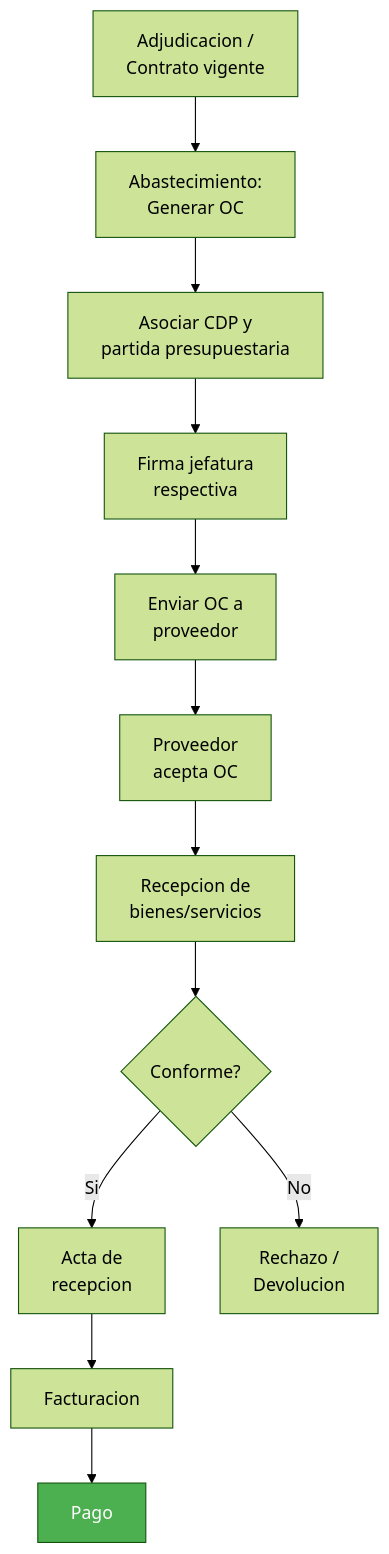
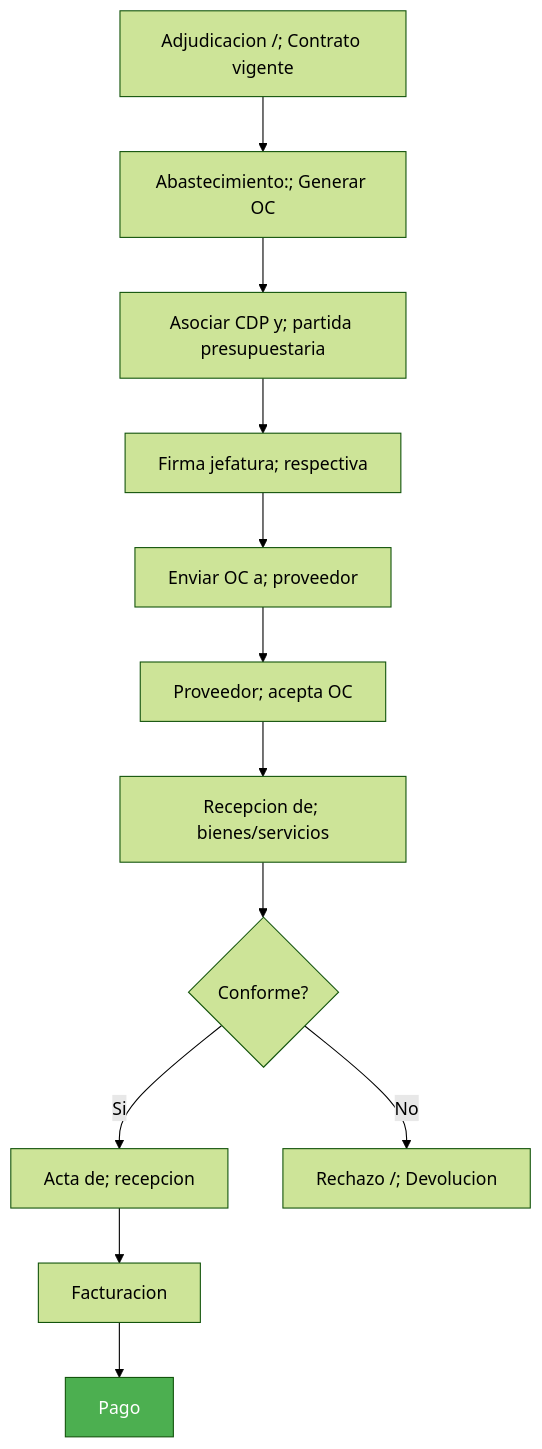
One commit to felix-antonio-sl/kora changed the fifth of 5 diagrams in KNOWLEDGE/gn/kb/manual-compras-contrataciones.md. Above: the diagram before and after it, drawn with Mermaid (forest theme). The commit also changed other lines of this file and 1034 other files, not shown here.

````diff
--- a/KNOWLEDGE/gn/kb/manual-compras-contrataciones.md
+++ b/KNOWLEDGE/gn/kb/manual-compras-contrataciones.md
@@ -263,16 +274,16 @@
 ```mermaid
 flowchart TD
-    A["Adjudicacion /<br/>Contrato vigente"] --> B["Abastecimiento:<br/>Generar OC"]
-    B --> C["Asociar CDP y<br/>partida presupuestaria"]
-    C --> D["Firma jefatura<br/>respectiva"]
-    D --> E["Enviar OC a<br/>proveedor"]
-    E --> F["Proveedor<br/>acepta OC"]
-    F --> G["Recepcion de<br/>bienes/servicios"]
-    G --> H{"Conforme?"}
-    H -->|"Si"| I["Acta de<br/>recepcion"]
-    H -->|"No"| J["Rechazo /<br/>Devolucion"]
-    I --> K["Facturacion"]
-    K --> L["Pago"]
+ A["Adjudicacion /; Contrato vigente"] --> B["Abastecimiento:; Generar OC"]
+ B --> C["Asociar CDP y; partida presupuestaria"]
+ C --> D["Firma jefatura; respectiva"]
+ D --> E["Enviar OC a; proveedor"]
+ E --> F["Proveedor; acepta OC"]
+ F --> G["Recepcion de; bienes/servicios"]
+ G --> H{"Conforme?"}
+ H -->|"Si"| I["Acta de; recepcion"]
+ H -->|"No"| J["Rechazo /; Devolucion"]
+ I --> K["Facturacion"]
+ K --> L["Pago"]
 
-    style L fill:#4CAF50,color:#fff
+ style L fill:#4CAF50,color:#fff
 ```
````
